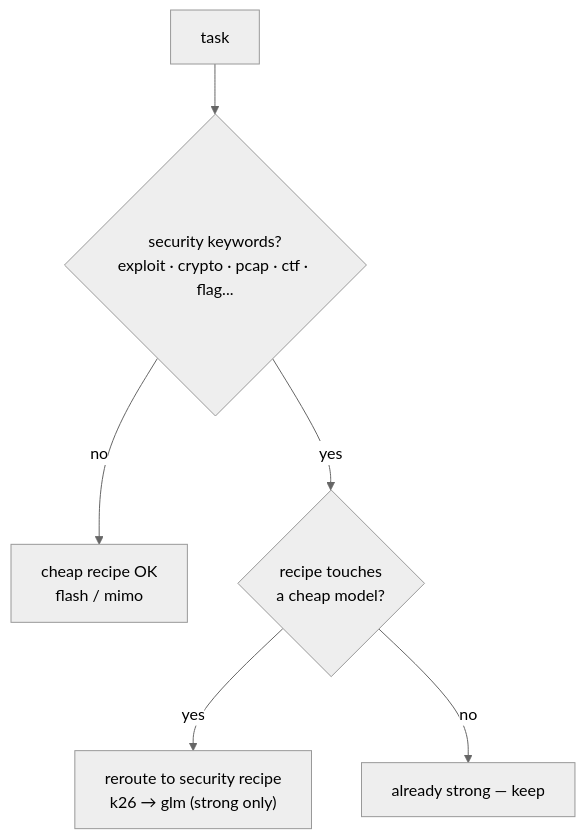
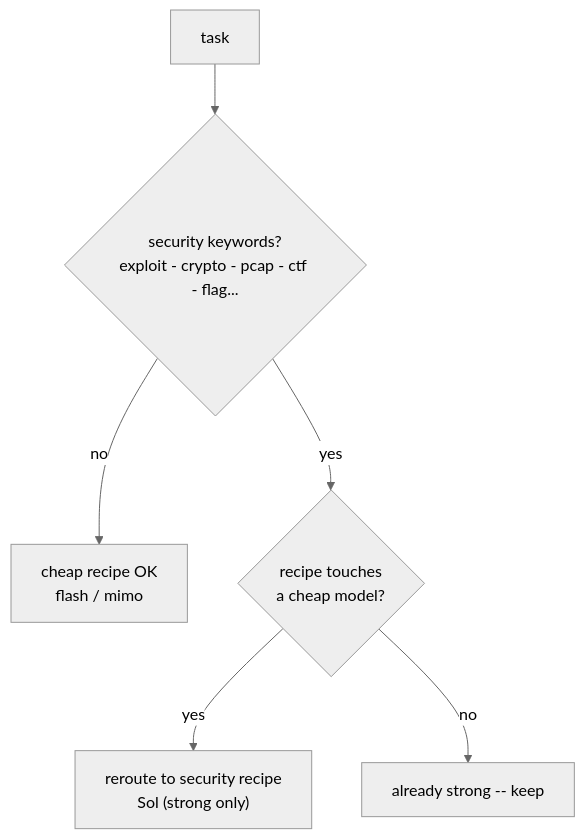
One commit to saktisadhana/model-orchestra changed the fifth of 5 diagrams in README.md. Above: the diagram before and after it, drawn with Mermaid (neutral theme). The commit also changed other lines of this file and 26 other files, not shown here.

````diff
--- a/README.md
+++ b/README.md
@@ -82,8 +134,8 @@
 ```mermaid
 flowchart TD
-    T[task] --> Q{"security keywords?<br/>exploit · crypto · pcap · ctf · flag..."}
+    T[task] --> Q{"security keywords?<br/>exploit - crypto - pcap - ctf - flag..."}
     Q -->|no| C["cheap recipe OK<br/>flash / mimo"]
     Q -->|yes| F{"recipe touches<br/>a cheap model?"}
-    F -->|yes| S["reroute to security recipe<br/>k26 → glm (strong only)"]
-    F -->|no| K[already strong — keep]
+    F -->|yes| S["reroute to security recipe<br/>Sol (strong only)"]
+    F -->|no| K[already strong -- keep]
 ```
````
